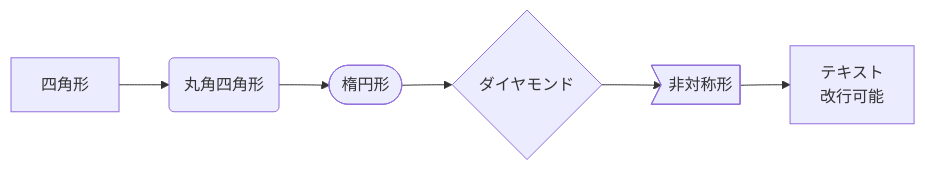
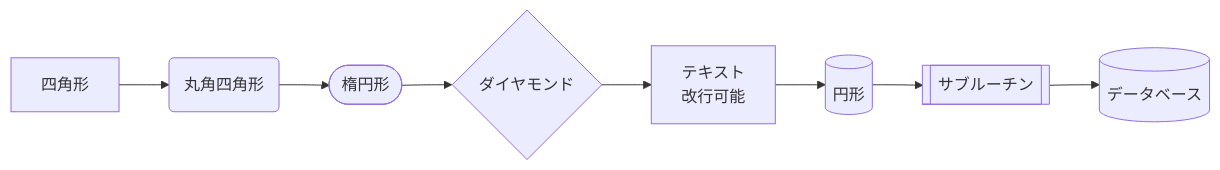
The third of 27 diagrams in README.md (TakayukiStar/workPR), drawn with Mermaid before and after one commit. The commit also changed other lines of this file, not shown here.

````diff
--- a/README.md
+++ b/README.md
@@ -76,8 +51,10 @@
 ```mermaid
 flowchart LR
     A[四角形] --> B(丸角四角形)
     B --> C([楕円形])
     C --> D{ダイヤモンド}
-    D --> E>非対称形]
-    E --> F["テキスト<br/>改行可能"]
+    D --> E["テキスト<br/>改行可能"]
+    E --> F[("円形")]
+    F --> G[["サブルーチン"]]
+    G --> H[(データベース)]
 ```
````
